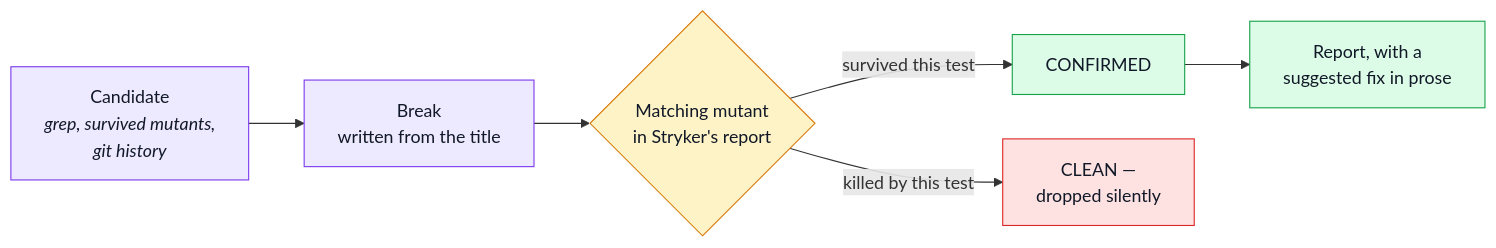
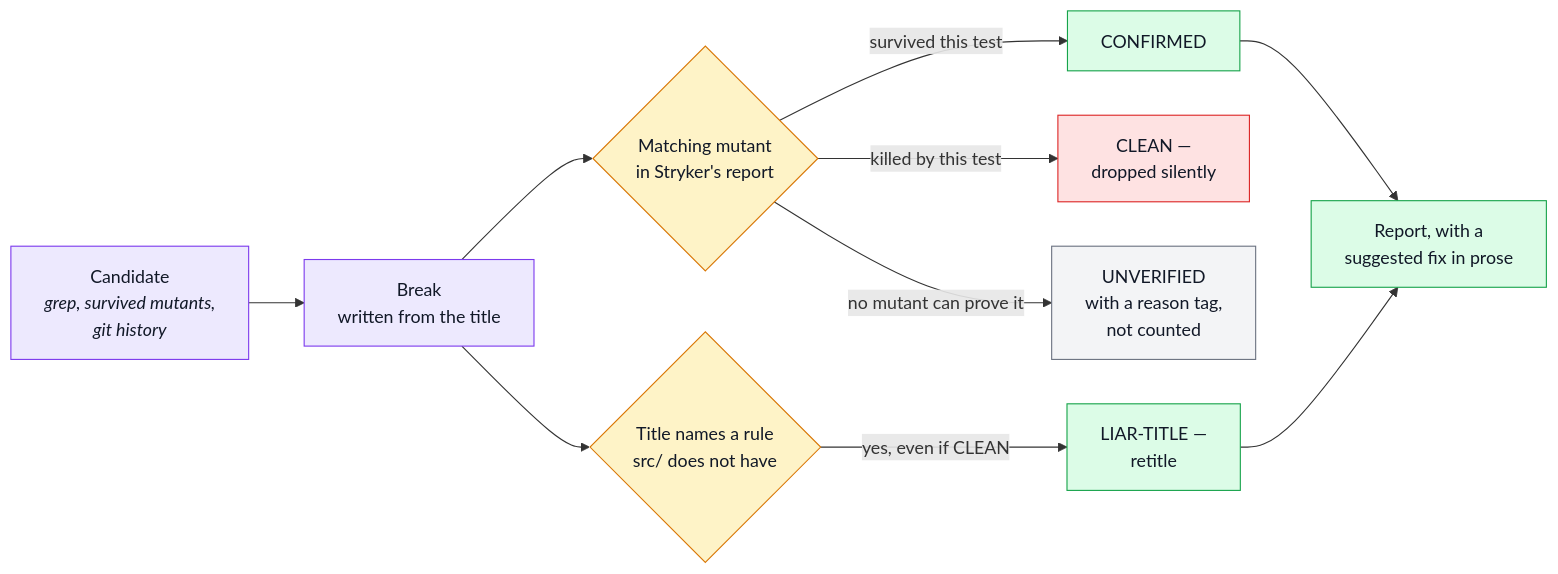
Before and after one commit to Guebbit/boilerplate-node-backend: the fourth of 4 diagrams in docs/tools/ai-auditing.md, drawn with Mermaid. The commit also changed other lines of this file and 1 other file, not shown here.

First line of the commit message:
docs(audit): ai-auditing shows the liar-title branch and the run folder, a sale needs an age check

````diff
--- a/docs/tools/ai-auditing.md
+++ b/docs/tools/ai-auditing.md
@@ -267,18 +267,24 @@
 ```mermaid
 %%{init: {'flowchart': {'nodeSpacing': 40, 'rankSpacing': 50}}}%%
 flowchart LR
     C["Candidate<br/><i>grep, survived mutants,<br/>git history</i>"] --> T["Break<br/>written from the title"]
     T --> R{"Matching mutant<br/>in Stryker's report"}
     R -->|survived this test| Y["CONFIRMED"]
     R -->|killed by this test| N["CLEAN —<br/>dropped silently"]
+    R -->|no mutant can prove it| U["UNVERIFIED<br/>with a reason tag,<br/>not counted"]
+    T --> L{"Title names a rule<br/>src/ does not have"}
+    L -->|yes, even if CLEAN| LT["LIAR-TITLE —<br/>retitle"]
     Y --> F["Report, with a<br/>suggested fix in prose"]
+    LT --> F
 
     classDef ai fill:#ede9fe,stroke:#7c3aed,color:#111827;
     classDef gate fill:#fef3c7,stroke:#d97706,color:#111827;
+    classDef tool fill:#f3f4f6,stroke:#6b7280,color:#111827;
     classDef out fill:#dcfce7,stroke:#16a34a,color:#111827;
     classDef dead fill:#fee2e2,stroke:#dc2626,color:#111827;
     class C,T ai;
-    class R gate;
-    class Y,F out;
+    class R,L gate;
+    class Y,F,LT out;
     class N dead;
+    class U tool;
 ```
````
